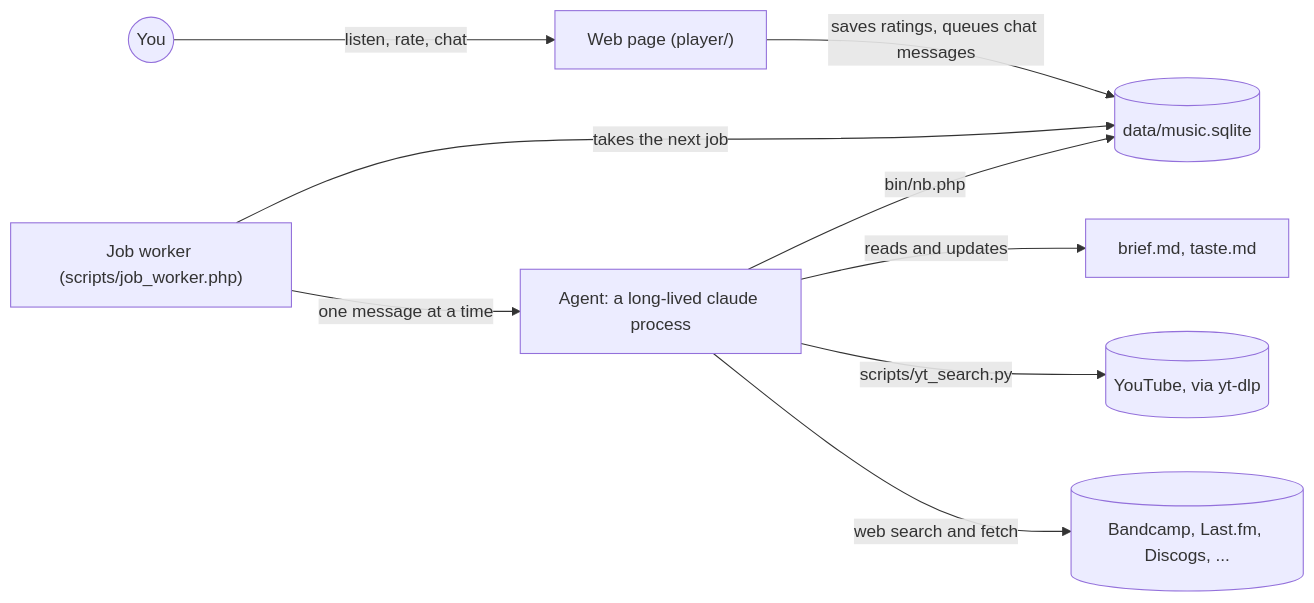
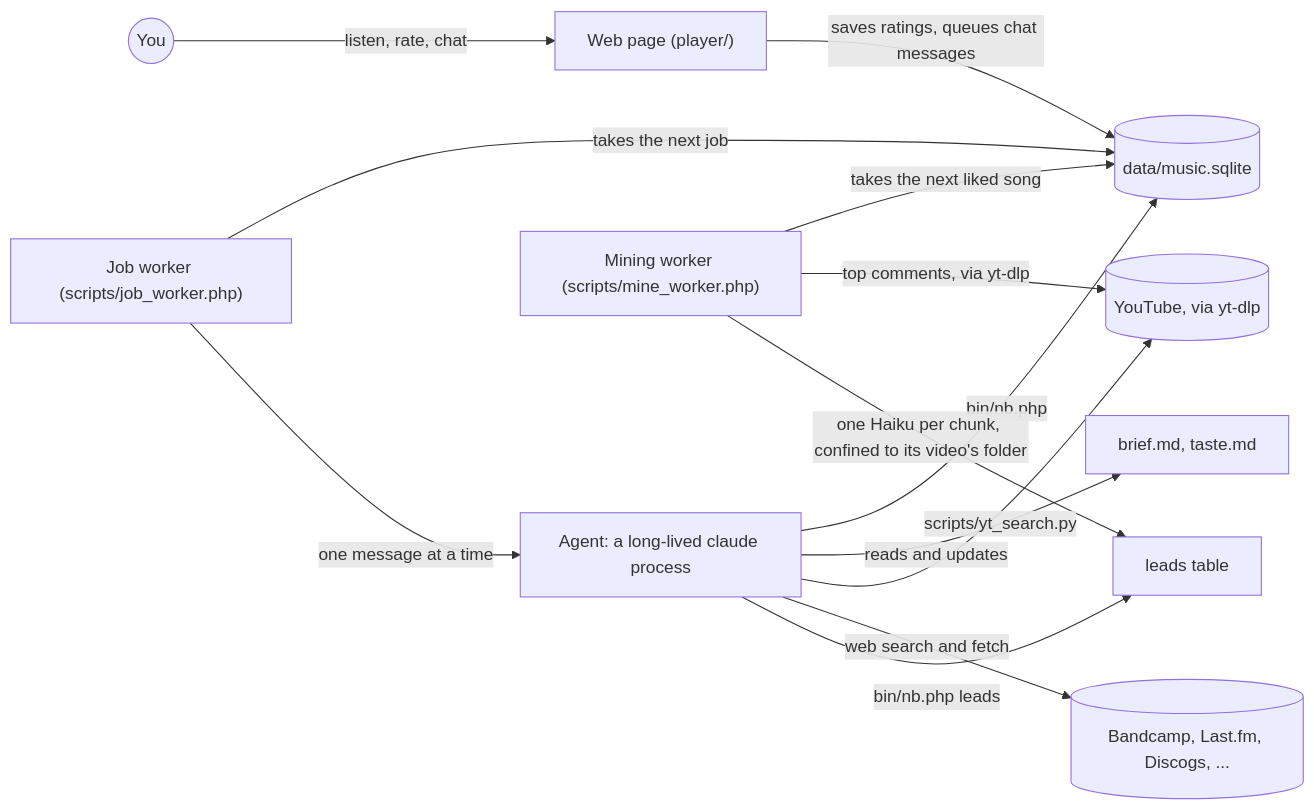
Before and after one commit to greg-randall/noize-buffet: the diagram in README.md, drawn with Mermaid. The commit also changed other lines of this file, not shown here.

Commit message:
README: comment mining

````diff
--- a/README.md
+++ b/README.md
@@ -26,11 +26,15 @@
 ```mermaid
 flowchart LR
     you(("You")) -->|"listen, rate, chat"| page["Web page (player/)"]
     page -->|"saves ratings, queues chat messages"| db[("data/music.sqlite")]
     worker["Job worker (scripts/job_worker.php)"] -->|"takes the next job"| db
     worker -->|"one message at a time"| agent["Agent: a long-lived claude process"]
     agent -->|"bin/nb.php"| db
     agent -->|"reads and updates"| files["brief.md, taste.md"]
     agent -->|"scripts/yt_search.py"| yt[("YouTube, via yt-dlp")]
     agent -->|"web search and fetch"| web[("Bandcamp, Last.fm, Discogs, ...")]
+    miner["Mining worker (scripts/mine_worker.php)"] -->|"takes the next liked song"| db
+    miner -->|"top comments, via yt-dlp"| yt
+    miner -->|"one Haiku per chunk, confined to its video's folder"| leads["leads table"]
+    agent -->|"bin/nb.php leads"| leads
 ```
````
